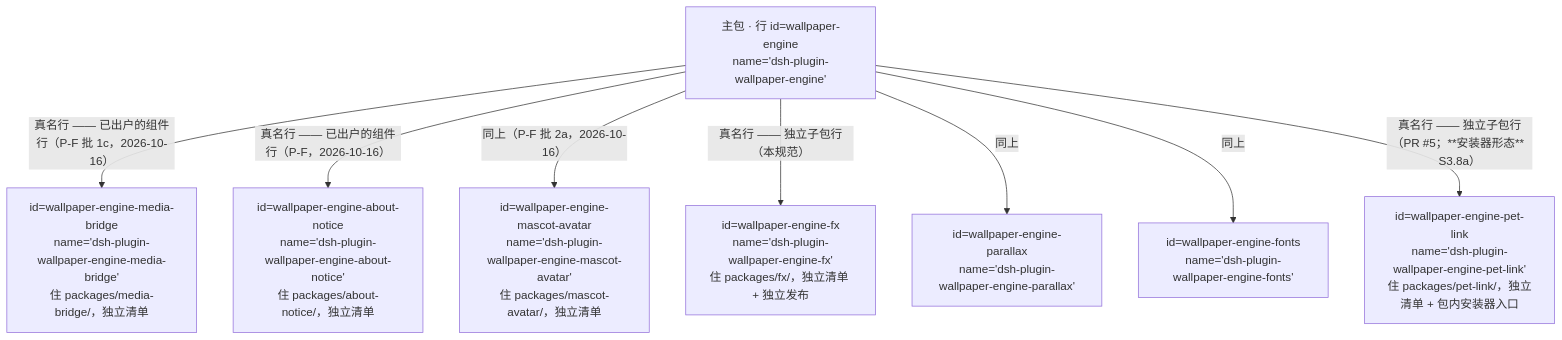
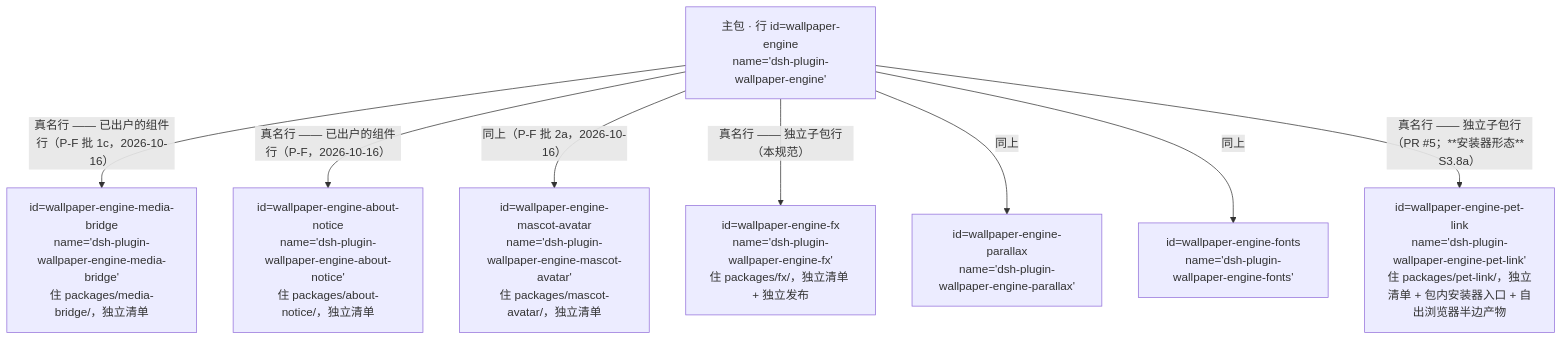
Before and after one commit to AuroraAeon/dsh-wallpaper-engine: the first of 3 diagrams in docs/SUBPACKAGE-GRAPH.md, drawn with Mermaid. The commit also changed other lines of this file and 12 other files, not shown here.

First line of the commit message:
refactor(pet-link): 浏览器半边收口成一般形态（子包自出产物）

````diff
--- a/docs/SUBPACKAGE-GRAPH.md
+++ b/docs/SUBPACKAGE-GRAPH.md
@@ -27,11 +27,11 @@
 ```mermaid
 graph TD
   MAIN["主包 · 行 id=wallpaper-engine<br/>name='dsh-plugin-wallpaper-engine'"]
   MAIN -->|"真名行 —— 已出户的组件行（P-F 批 1c，2026-10-16）"| C3["id=wallpaper-engine-media-bridge<br/>name='dsh-plugin-wallpaper-engine-media-bridge'<br/>住 packages/media-bridge/，独立清单"]
   MAIN -->|"真名行 —— 已出户的组件行（P-F，2026-10-16）"| C1["id=wallpaper-engine-about-notice<br/>name='dsh-plugin-wallpaper-engine-about-notice'<br/>住 packages/about-notice/，独立清单"]
   MAIN -->|"同上（P-F 批 2a，2026-10-16）"| C2["id=wallpaper-engine-mascot-avatar<br/>name='dsh-plugin-wallpaper-engine-mascot-avatar'<br/>住 packages/mascot-avatar/，独立清单"]
   MAIN -->|"真名行 —— 独立子包行（本规范）"| S1["id=wallpaper-engine-fx<br/>name='dsh-plugin-wallpaper-engine-fx'<br/>住 packages/fx/，独立清单 + 独立发布"]
   MAIN -->|"同上"| S2["id=wallpaper-engine-parallax<br/>name='dsh-plugin-wallpaper-engine-parallax'"]
   MAIN -->|"同上"| S3["id=wallpaper-engine-fonts<br/>name='dsh-plugin-wallpaper-engine-fonts'"]
-  MAIN -->|"真名行 —— 独立子包行（PR #5；**安装器形态** S3.8a）"| S4["id=wallpaper-engine-pet-link<br/>name='dsh-plugin-wallpaper-engine-pet-link'<br/>住 packages/pet-link/，独立清单 + 包内安装器入口"]
+  MAIN -->|"真名行 —— 独立子包行（PR #5；**安装器形态** S3.8a）"| S4["id=wallpaper-engine-pet-link<br/>name='dsh-plugin-wallpaper-engine-pet-link'<br/>住 packages/pet-link/，独立清单 + 包内安装器入口 + 自出浏览器半边产物"]
 ```
````
